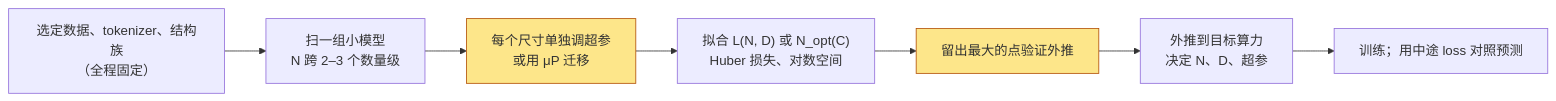
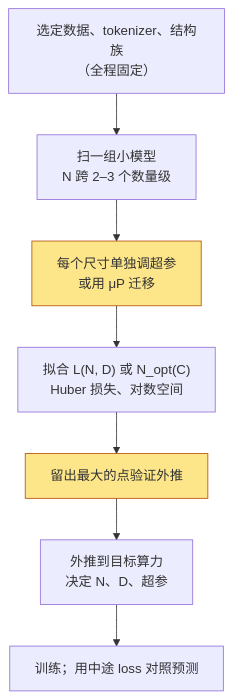
The diagram in _posts/2026-04-11-scaling-laws-and-compute-optimal-training.md (arganzheng/arganzheng.github.com), drawn with Mermaid before and after one commit. The commit also changed 2 other files, not shown here.

Commit message:
预训练系列三张横向流程图改为纵向，避免被压成一行小字
Generated with [Devin](https://devin.ai)

````diff
--- a/_posts/2026-04-11-scaling-laws-and-compute-optimal-training.md
+++ b/_posts/2026-04-11-scaling-laws-and-compute-optimal-training.md
@@ -338,12 +338,12 @@
 ```mermaid
-flowchart LR
+flowchart TB
     S["选定数据、tokenizer、结构族<br/>（全程固定）"] --> W["扫一组小模型<br/>N 跨 2–3 个数量级"]
     W --> H["每个尺寸单独调超参<br/>或用 μP 迁移"]
     H --> F["拟合 L(N, D) 或 N_opt(C)<br/>Huber 损失、对数空间"]
     F --> V["留出最大的点验证外推"]
     V --> P["外推到目标算力<br/>决定 N、D、超参"]
     P --> R["训练；用中途 loss 对照预测"]
 
     classDef key fill:#fde68a,stroke:#b45309;
     class H,V key;
 ```
````
